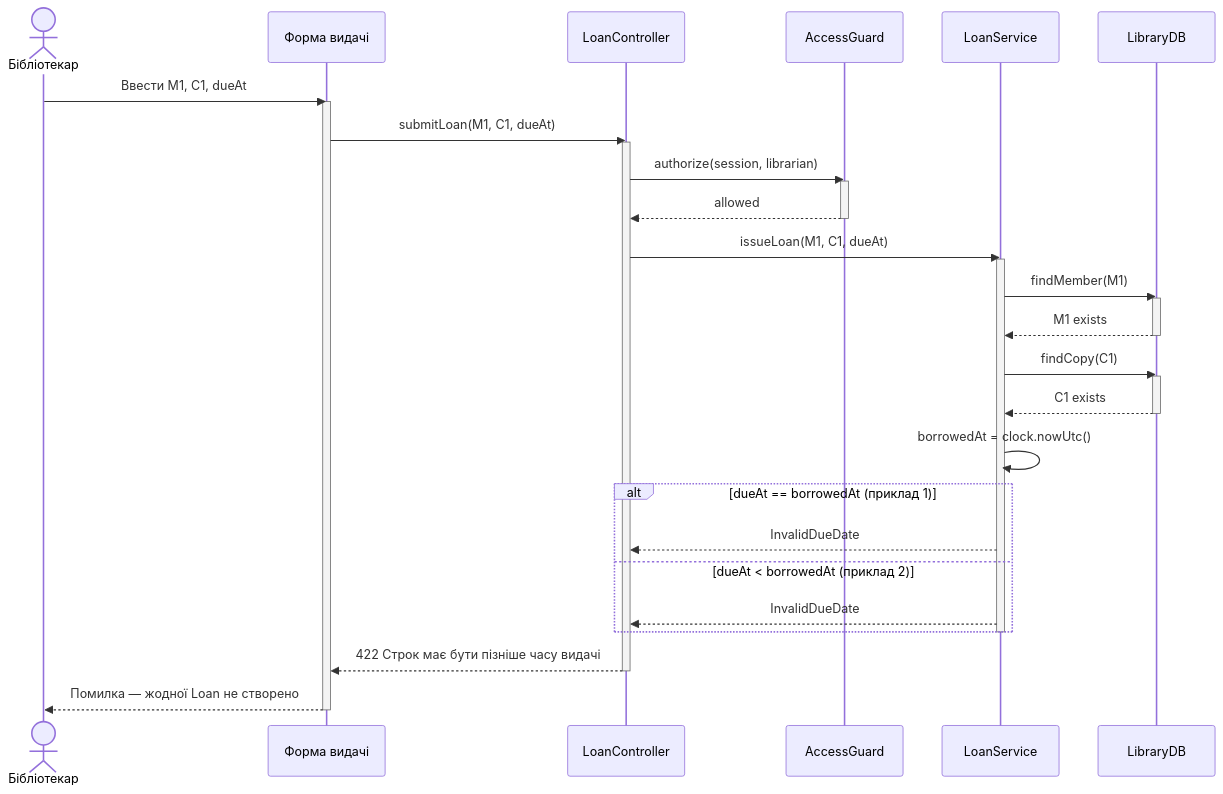
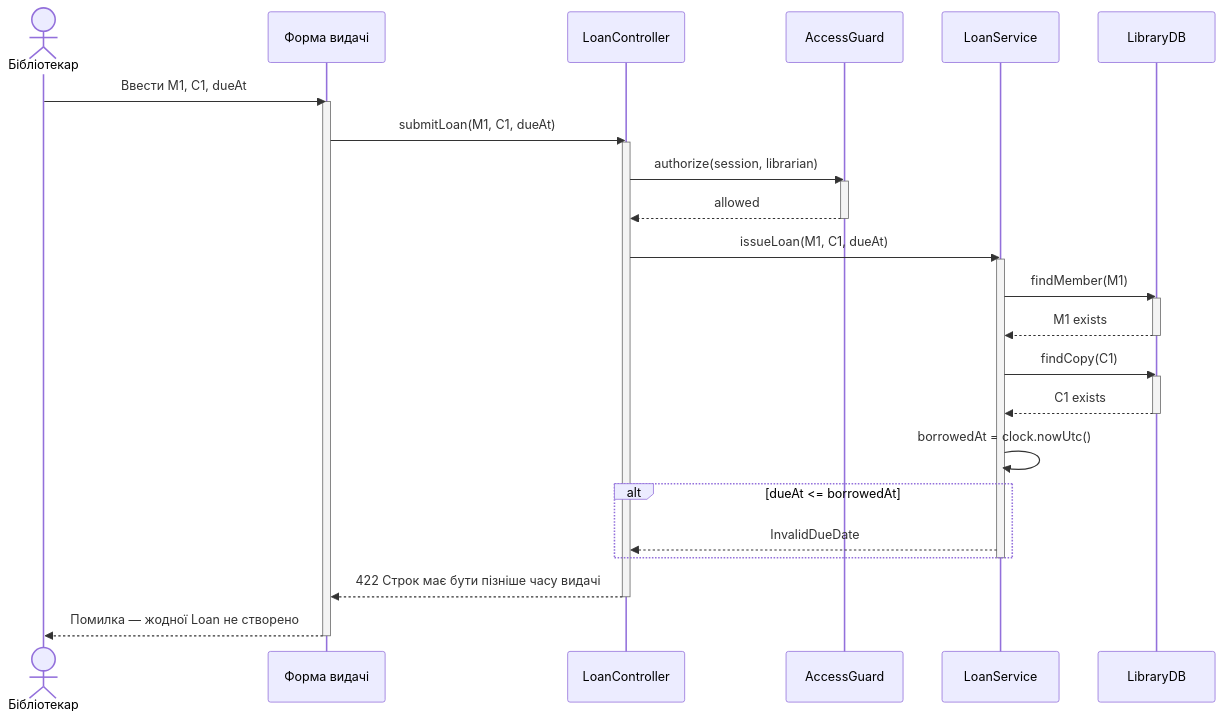
One commit to Alex9011/KPI2-Lab3 changed the diagram in sequence/S-04-invalid-due-date.mmd. Above: the diagram before and after it, drawn with Mermaid.

Commit message:
Clarify loan due-date validation
The first S-04 version used one combined date-validation branch.

```diff
--- a/sequence/S-04-invalid-due-date.mmd
+++ b/sequence/S-04-invalid-due-date.mmd
@@ -1,37 +1,35 @@
 sequenceDiagram
     %% title: S-04 — Недопустимий строк (2 приклади)
     actor B as Бібліотекар
     participant UI as Форма видачі
     participant C as LoanController
     participant A as AccessGuard
     participant S as LoanService
     participant D as LibraryDB
     B->>UI: Ввести M1, C1, dueAt
     activate UI
     UI->>C: submitLoan(M1, C1, dueAt)
     activate C
     C->>A: authorize(session, librarian)
     activate A
     A-->>C: allowed
     deactivate A
     C->>S: issueLoan(M1, C1, dueAt)
     activate S
     S->>D: findMember(M1)
     activate D
     D-->>S: M1 exists
     deactivate D
     S->>D: findCopy(C1)
     activate D
     D-->>S: C1 exists
     deactivate D
     S->>S: borrowedAt = clock.nowUtc()
-    alt dueAt == borrowedAt (приклад 1)
-        S-->>C: InvalidDueDate
-    else dueAt < borrowedAt (приклад 2)
+    alt dueAt <= borrowedAt
         S-->>C: InvalidDueDate
     end
     deactivate S
     C-->>UI: 422 Строк має бути пізніше часу видачі
     deactivate C
     UI-->>B: Помилка — жодної Loan не створено
     deactivate UI
```
